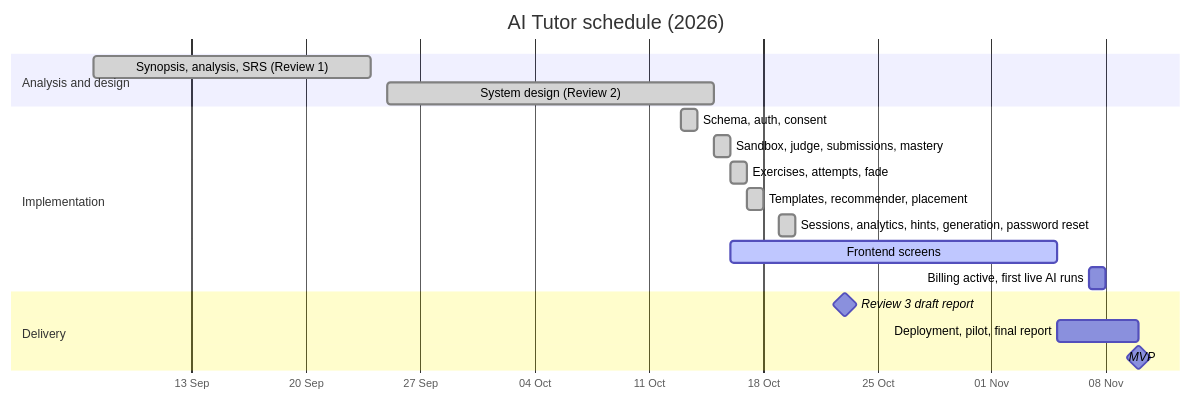
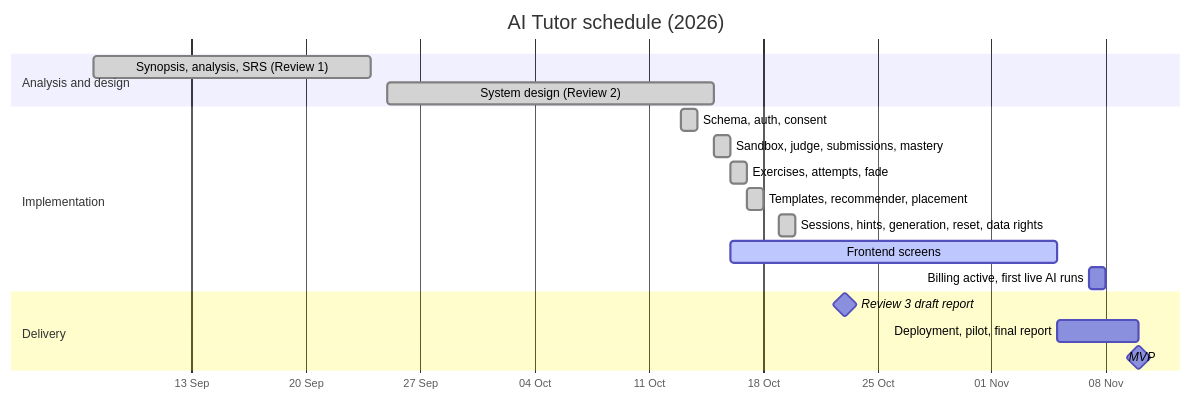
One commit to Nidanos/ai-tutor-platform changed the first of 24 diagrams in DOCS/phase-3/MP3-Draft-Report.md. Above: the diagram before and after it, drawn with Mermaid. The commit also changed other lines of this file and 1 other file, not shown here.

Commit message:
docs: update the phase 3 report for data rights, skill details, the legal pages and the client-IP fix

````diff
--- a/DOCS/phase-3/MP3-Draft-Report.md
+++ b/DOCS/phase-3/MP3-Draft-Report.md
@@ -315,21 +324,21 @@
 ```mermaid
 gantt
   title AI Tutor schedule (2026)
   dateFormat YYYY-MM-DD
   axisFormat %d %b
   section Analysis and design
   Synopsis, analysis, SRS (Review 1)   :done, a, 2026-09-07, 2026-09-24
   System design (Review 2)             :done, b, 2026-09-25, 2026-10-15
   section Implementation
   Schema, auth, consent                :done, c, 2026-10-13, 2026-10-14
   Sandbox, judge, submissions, mastery :done, e, 2026-10-15, 2026-10-16
   Exercises, attempts, fade            :done, g, 2026-10-16, 1d
   Templates, recommender, placement    :done, j, 2026-10-17, 2026-10-18
-  Sessions, analytics, hints, generation, password reset :done, l, 2026-10-19, 1d
+  Sessions, hints, generation, reset, data rights :done, l, 2026-10-19, 1d
   Frontend screens                     :active, h, 2026-10-16, 2026-11-05
   Billing active, first live AI runs   :i, 2026-11-07, 2026-11-08
   section Delivery
   Review 3 draft report                :milestone, 2026-10-23, 0d
   Deployment, pilot, final report      :k, 2026-11-05, 2026-11-10
   MVP                                  :milestone, 2026-11-10, 0d
 ```
````
